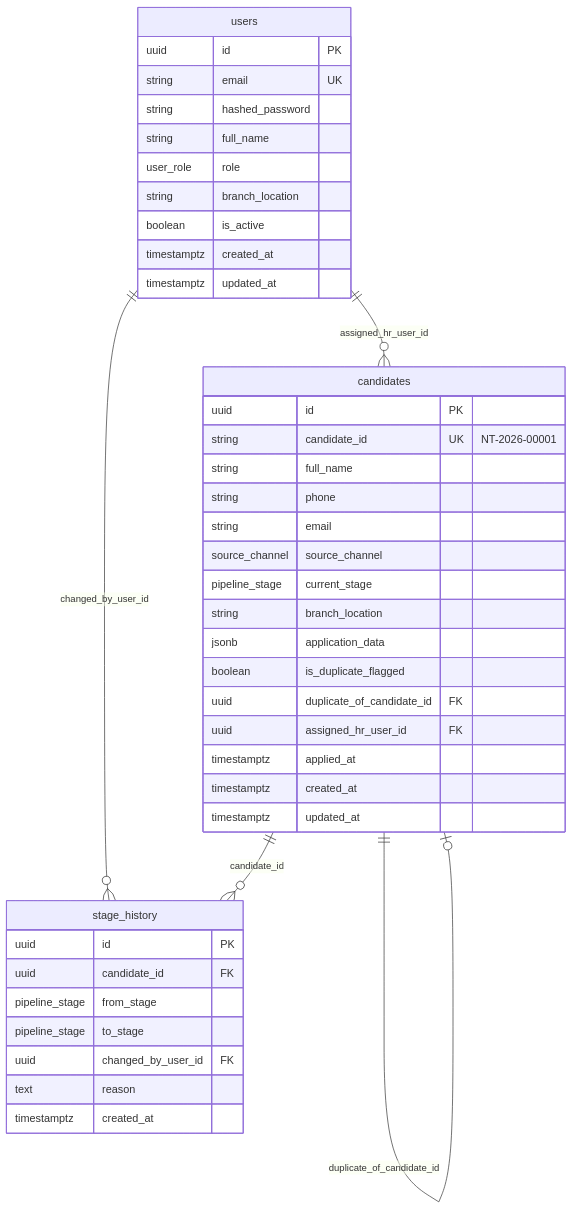
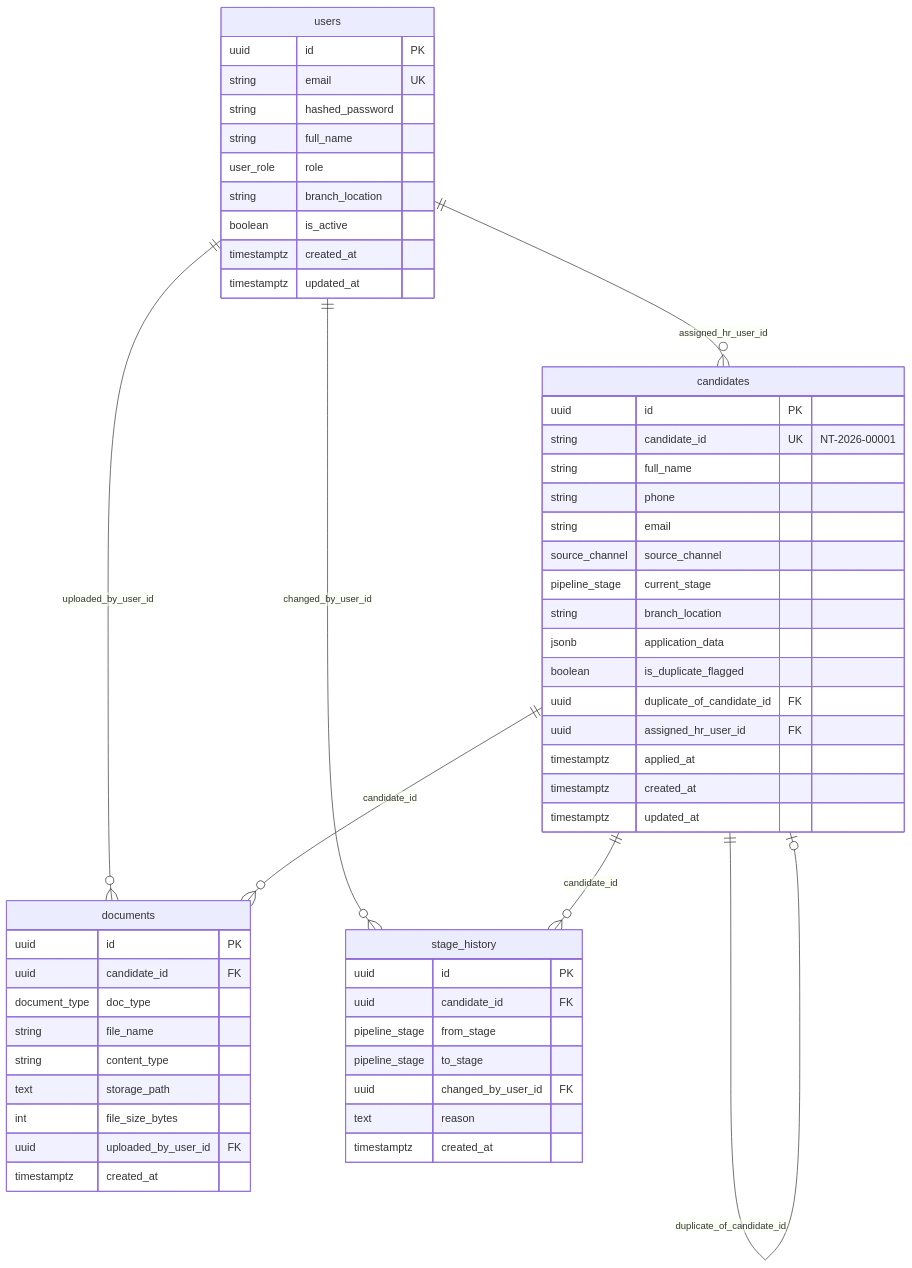
Before and after one commit to nippontoyota/hr-recruit: the diagram in README.md, drawn with Mermaid. The commit also changed other lines of this file and 11 other files, not shown here.

Commit message:
Add candidate resume upload via Supabase Storage.

````diff
--- a/README.md
+++ b/README.md
@@ -3,47 +3,61 @@
 ```mermaid
 erDiagram
     users {
         uuid id PK
         string email UK
         string hashed_password
         string full_name
         user_role role
         string branch_location
         boolean is_active
         timestamptz created_at
         timestamptz updated_at
     }
 
     candidates {
         uuid id PK
         string candidate_id UK "NT-2026-00001"
         string full_name
         string phone
         string email
         source_channel source_channel
         pipeline_stage current_stage
         string branch_location
         jsonb application_data
         boolean is_duplicate_flagged
         uuid duplicate_of_candidate_id FK
         uuid assigned_hr_user_id FK
         timestamptz applied_at
         timestamptz created_at
         timestamptz updated_at
     }
 
+    documents {
+        uuid id PK
+        uuid candidate_id FK
+        document_type doc_type
+        string file_name
+        string content_type
+        text storage_path
+        int file_size_bytes
+        uuid uploaded_by_user_id FK
+        timestamptz created_at
+    }
+
     stage_history {
         uuid id PK
         uuid candidate_id FK
         pipeline_stage from_stage
         pipeline_stage to_stage
         uuid changed_by_user_id FK
         text reason
         timestamptz created_at
     }
 
     users ||--o{ candidates : "assigned_hr_user_id"
     users ||--o{ stage_history : "changed_by_user_id"
+    users ||--o{ documents : "uploaded_by_user_id"
     candidates ||--o| candidates : "duplicate_of_candidate_id"
     candidates ||--o{ stage_history : "candidate_id"
+    candidates ||--o{ documents : "candidate_id"
 ```
````
